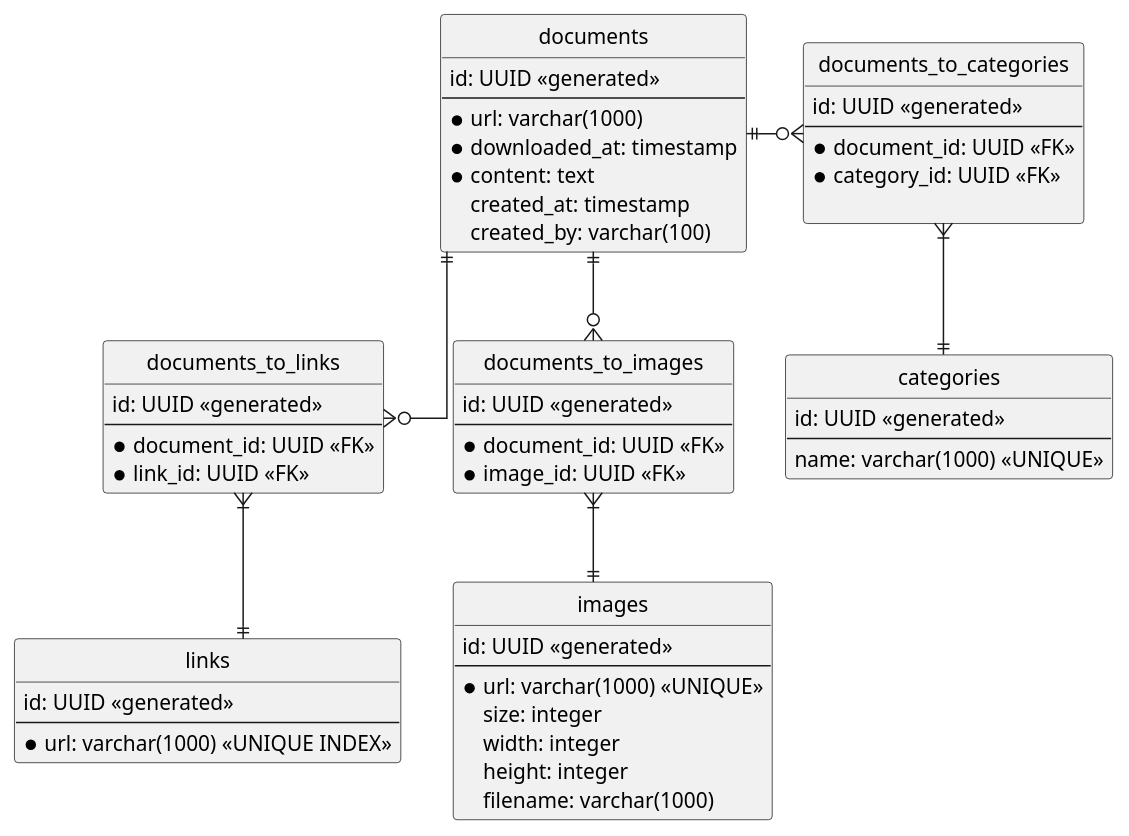
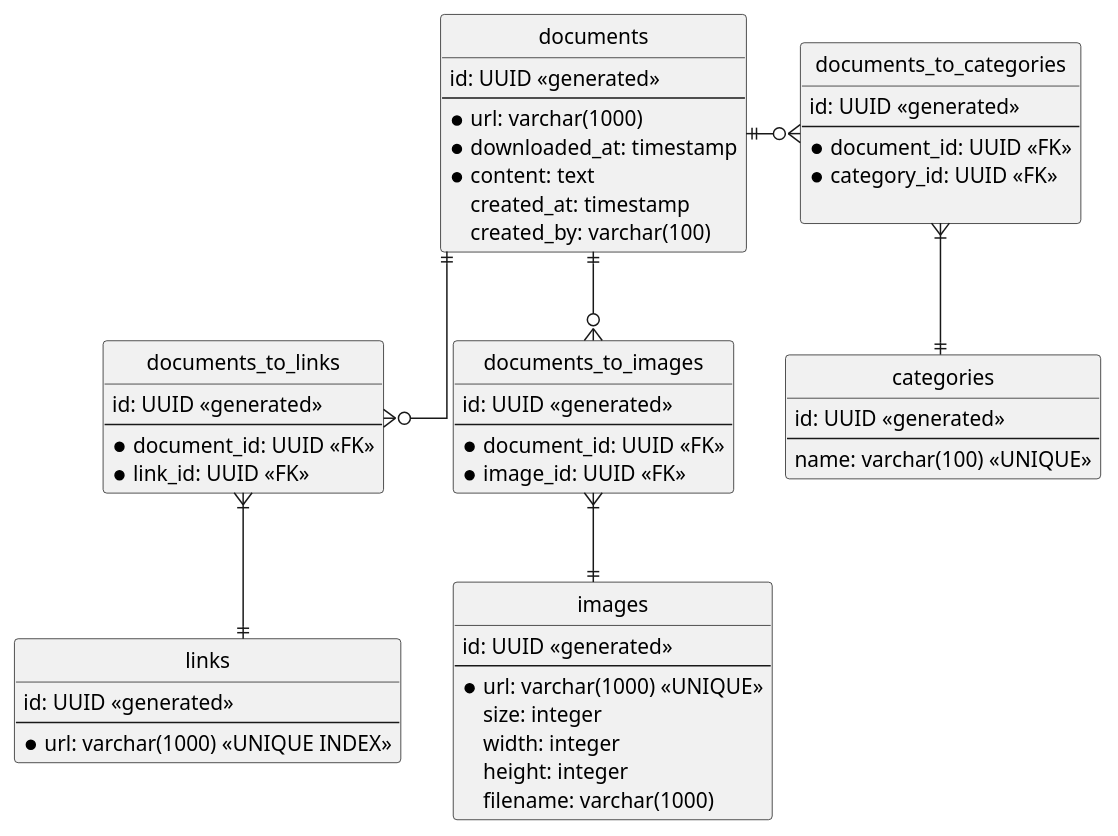
The diagram in WebScraper Data Model.puml (jdufner/WebScraper), drawn with PlantUML before and after one commit. The commit also changed 2 other files, not shown here.

```diff
--- a/WebScraper Data Model.puml
+++ b/WebScraper Data Model.puml
@@ -1,67 +1,67 @@
 @startuml
 
 hide circle
 skinparam linetype ortho
 
 entity documents {
     id: UUID <<generated>>
     --
     * url: varchar(1000)
     * downloaded_at: timestamp
     * content: text
     created_at: timestamp
     created_by: varchar(100)
 }
 
 entity links {
     id: UUID <<generated>>
     --
     * url: varchar(1000) <<UNIQUE INDEX>>
 }
 
 entity documents_to_links {
     id: UUID <<generated>>
     --
     * document_id: UUID <<FK>>
     * link_id: UUID <<FK>>
 }
 
 entity images {
     id: UUID <<generated>>
     --
     * url: varchar(1000) <<UNIQUE>>
     size: integer
     width: integer
     height: integer
     filename: varchar(1000)
 }
 
 entity documents_to_images {
     id: UUID <<generated>>
     --
     * document_id: UUID <<FK>>
     * image_id: UUID <<FK>>
 }
 
 entity categories {
     id: UUID <<generated>>
     --
-    name: varchar(1000) <<UNIQUE>>
+    name: varchar(100) <<UNIQUE>>
 }
 
 entity documents_to_categories {
     id: UUID <<generated>>
     --
     * document_id: UUID <<FK>>
     * category_id: UUID <<FK>>
 
 }
 
 documents ||--o{ documents_to_links
 documents_to_links }|--|| links
 documents ||--o{ documents_to_images
 documents_to_images }|--|| images
 documents ||-o{ documents_to_categories
 documents_to_categories }|--|| categories
 
 @enduml
```
